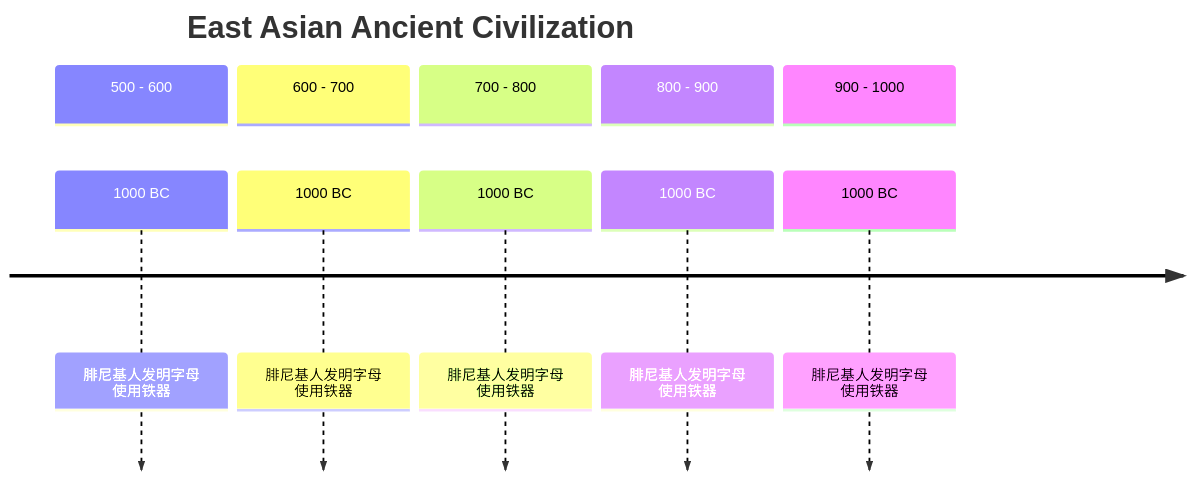
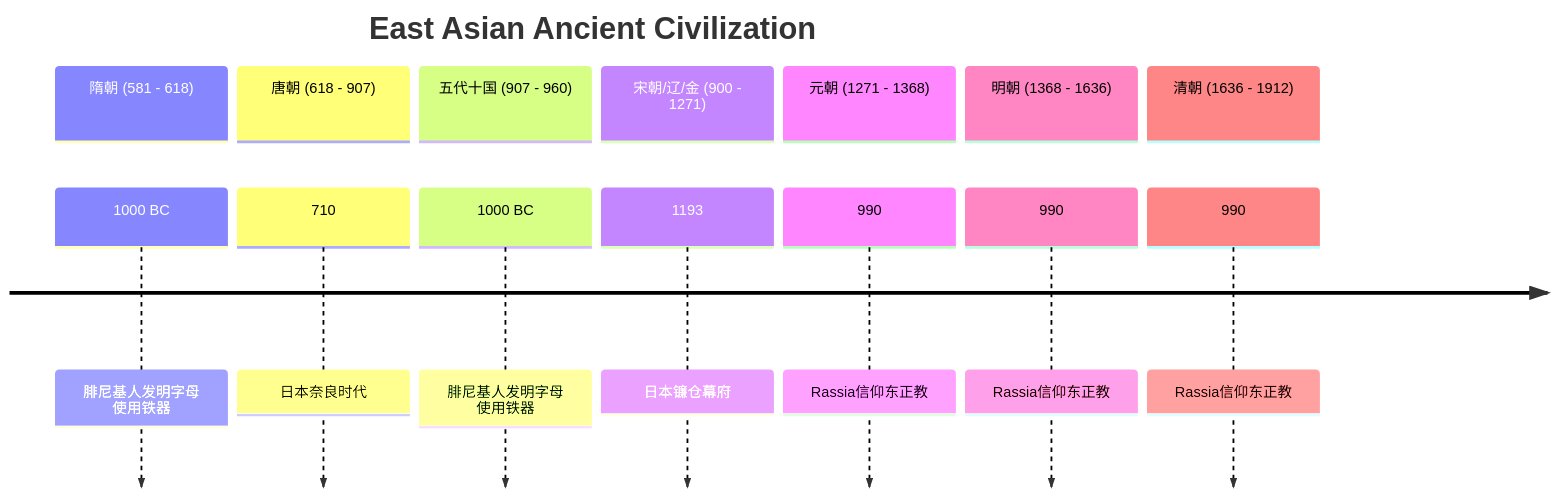
One commit to stemgene/World_history_time_line changed the seventh of 7 diagrams in README.md. Above: the diagram before and after it, drawn with Mermaid. The commit also changed other lines of this file, not shown here.

````diff
--- a/README.md
+++ b/README.md
@@ -128,15 +143,22 @@
 ```mermaid
 timeline
 title East Asian Ancient Civilization
 
-Section 500 - 600
+Section 隋朝 (581 - 618)
     1000 BC: 腓尼基人发明字母<br>使用铁器
-Section 600 - 700
+Section 唐朝 (618 - 907)
+    710: 日本奈良时代
+Section 五代十国 (907 - 960)
     1000 BC: 腓尼基人发明字母<br>使用铁器
-Section 700 - 800
-    1000 BC: 腓尼基人发明字母<br>使用铁器
-Section 800 - 900
-    1000 BC: 腓尼基人发明字母<br>使用铁器
-Section 900 - 1000
-    1000 BC: 腓尼基人发明字母<br>使用铁器
+
+Section 宋朝/辽/金 (900 - 1271)
+    1193: 日本镰仓幕府
+Section 元朝 (1271 - 1368)
+    990: Rassia信仰东正教
+
+Section 明朝 (1368 - 1636)
+    990: Rassia信仰东正教
+
+Section 清朝 (1636 - 1912)
+    990: Rassia信仰东正教
 ```
````
